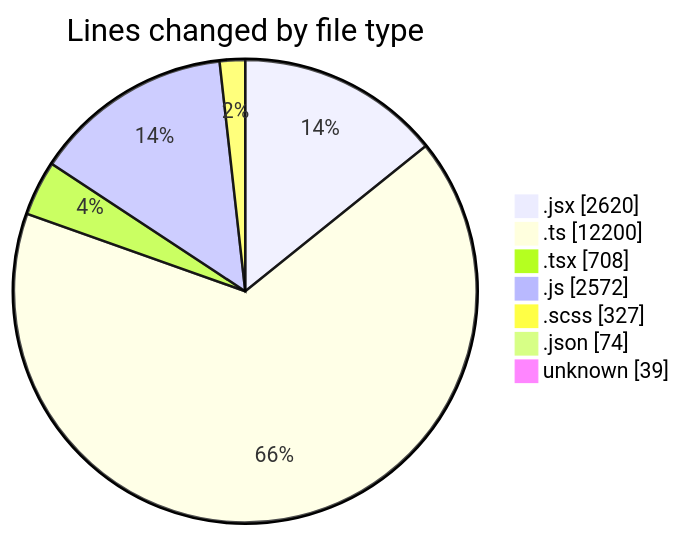
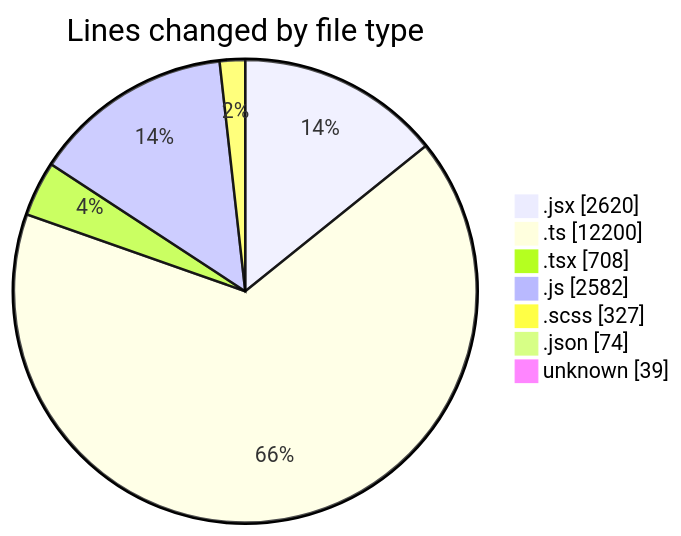
The first of 2 diagrams in 2025-06-05/cda/README.md (momahboobian/code-tracking), drawn with Mermaid before and after one commit. The commit also changed other lines of this file and 1 other file, not shown here.

````diff
--- a/2025-06-05/cda/README.md
+++ b/2025-06-05/cda/README.md
@@ -54,11 +54,11 @@
 ```mermaid
 pie showData
 title Lines changed by file type
 ".jsx" : 2620
 ".ts" : 12200
 ".tsx" : 708
-".js" : 2572
+".js" : 2582
 ".scss" : 327
 ".json" : 74
 "unknown" : 39
 ```
````
